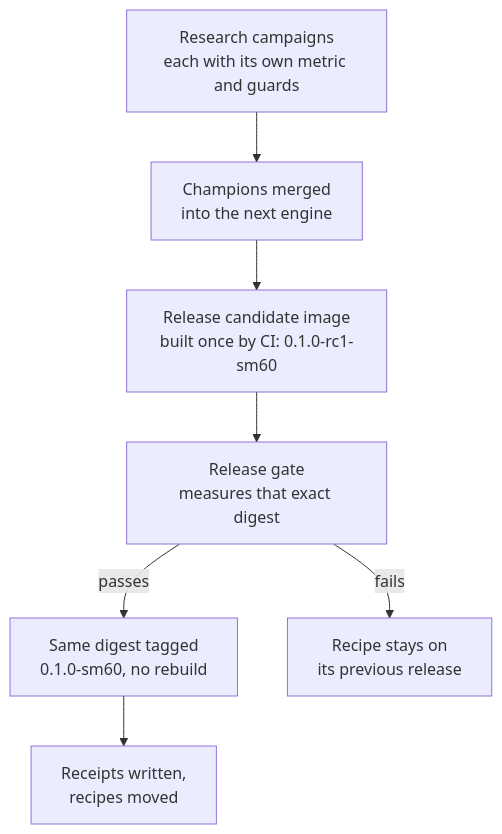
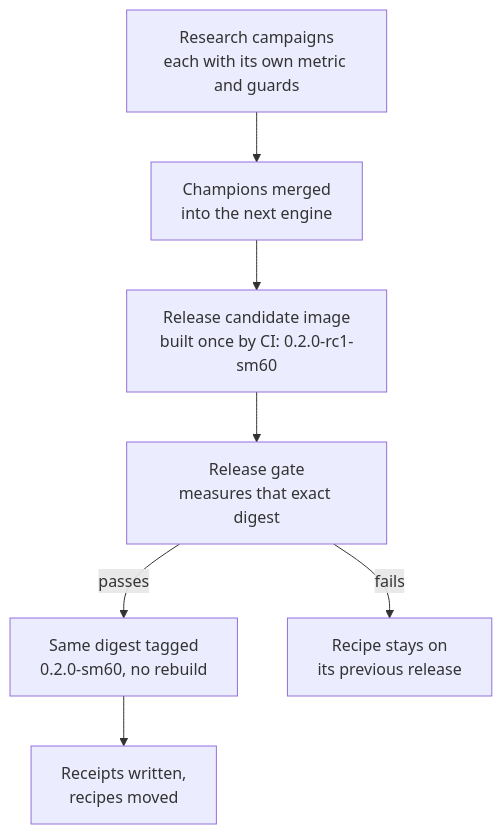
The diagram in site/src/content/docs/docs/explanation/releases-and-receipts.md (iammrduncan/tensorless), drawn with Mermaid before and after one commit. The commit also changed other lines of this file and 39 other files, not shown here.

First line of the commit message:
Release v0.2.0: both recipes released on engine-v0.2.0 after the published image was measured on a P100

````diff
--- a/site/src/content/docs/docs/explanation/releases-and-receipts.md
+++ b/site/src/content/docs/docs/explanation/releases-and-receipts.md
@@ -27,9 +27,9 @@
 ```mermaid
 flowchart TD
     A["Research campaigns<br/>each with its own metric and guards"] --> B["Champions merged<br/>into the next engine"]
-    B --> C["Release candidate image<br/>built once by CI: 0.1.0-rc1-sm60"]
+    B --> C["Release candidate image<br/>built once by CI: 0.2.0-rc1-sm60"]
     C --> D["Release gate<br/>measures that exact digest"]
-    D -- passes --> E["Same digest tagged<br/>0.1.0-sm60, no rebuild"]
+    D -- passes --> E["Same digest tagged<br/>0.2.0-sm60, no rebuild"]
     E --> F["Receipts written,<br/>recipes moved"]
     D -- fails --> G["Recipe stays on<br/>its previous release"]
 ```
````
